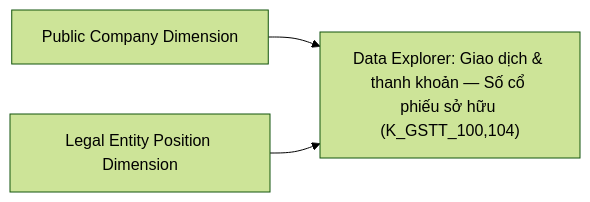
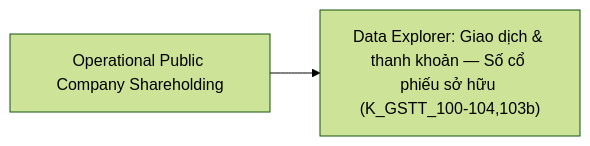
Diagram 43 of 45 in Datamart/hld/DTM_GSTT_HLD.md (linhlvit/ubck_atomic_design), drawn with Mermaid (forest theme) before and after one commit. The commit also changed other lines of this file and 8 other files, not shown here.

Commit message:
feat(gstt): them opr_public_company_shareholding (nhom 5 co dong), cap nhat HLD/LLD/flat table va dong bo master registry

````diff
--- a/Datamart/hld/DTM_GSTT_HLD.md
+++ b/Datamart/hld/DTM_GSTT_HLD.md
@@ -2333,5 +2341,4 @@
 ```mermaid
 flowchart LR
-    D1["Public Company Dimension"] --> RPT48["Data Explorer: Giao dịch & thanh khoản — Số cổ phiếu sở hữu (K_GSTT_100,104)"]
-    D2["Legal Entity Position Dimension"] --> RPT48
+    O1["Operational Public Company Shareholding"] --> RPT48["Data Explorer: Giao dịch & thanh khoản — Số cổ phiếu sở hữu (K_GSTT_100-104,103b)"]
 ```
````
